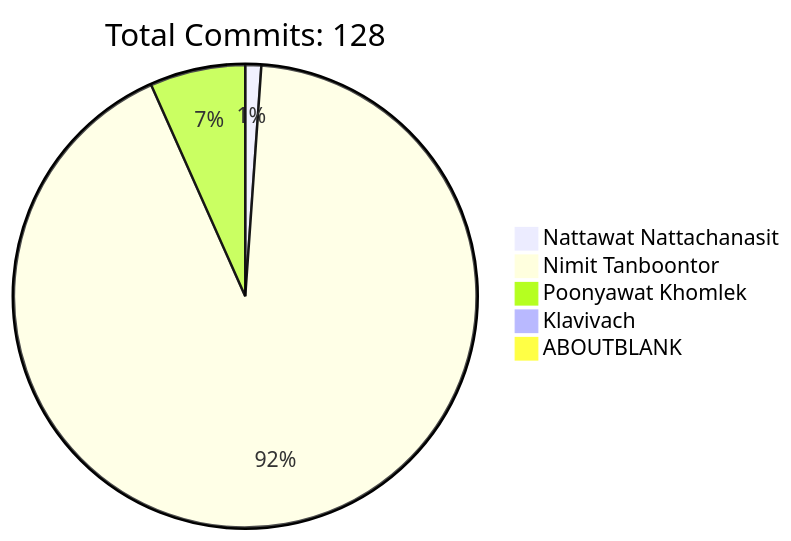
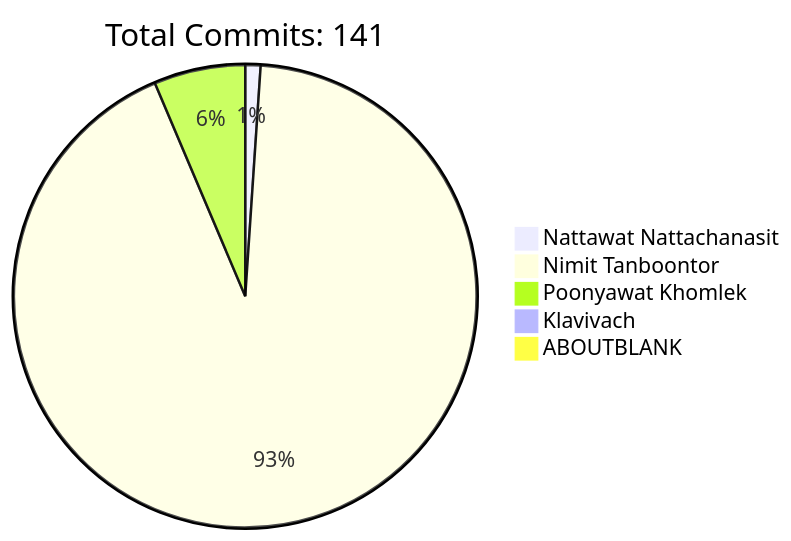
One commit to HLLC-MFU/HLLC-2025 changed the diagram in README.md. Above: the diagram before and after it, drawn with Mermaid. The commit also changed other lines of this file, not shown here.

````diff
--- a/README.md
+++ b/README.md
@@ -170,9 +170,9 @@
 ```mermaid
 pie
-    title Total Commits: 128
+    title Total Commits: 141
     "Nattawat Nattachanasit" : 1
-    "Nimit Tanboontor" : 83
+    "Nimit Tanboontor" : 87
     "Poonyawat Khomlek" : 6
     "Klavivach" : 0
     "ABOUTBLANK" : 0
 ```
````
